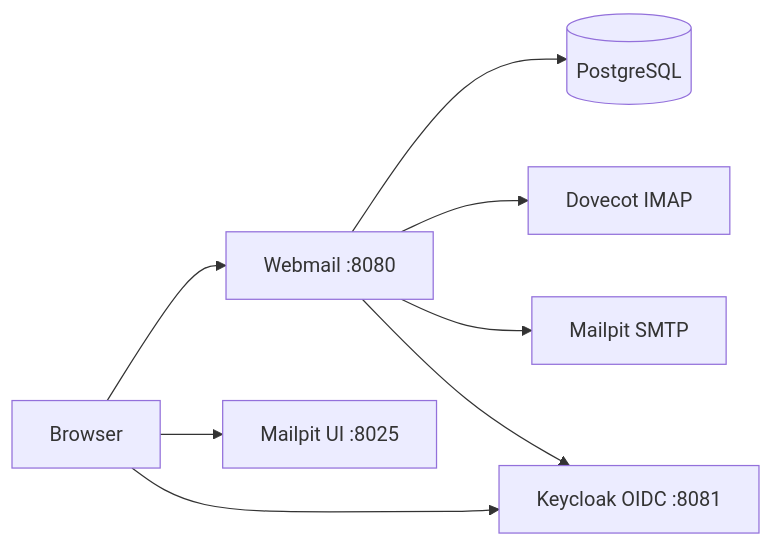
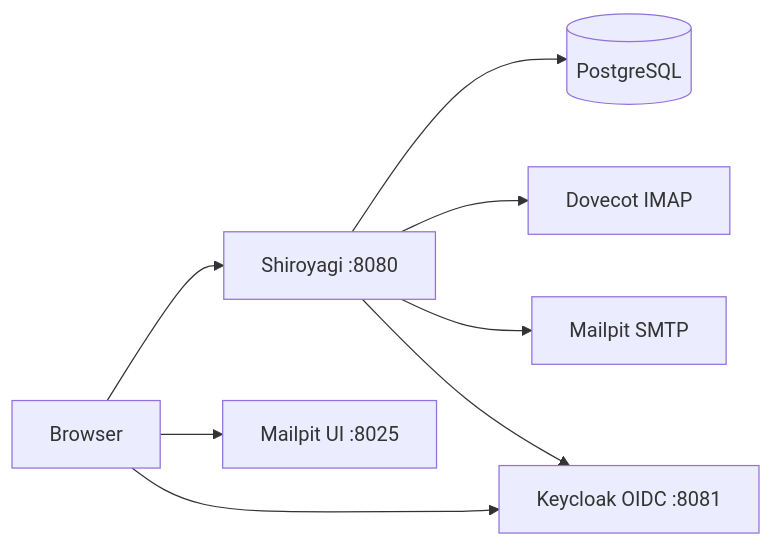
Before and after one commit to takayoshiotake/shiroyagi: the diagram in README.md, drawn with Mermaid. The commit also changed other lines of this file and 16 other files, not shown here.

Commit message:
feat(auth): add OIDC callback flow

````diff
--- a/README.md
+++ b/README.md
@@ -30,10 +41,10 @@
 ```mermaid
 flowchart LR
-  browser[Browser] --> web[Webmail :8080]
+  browser[Browser] --> web[Shiroyagi :8080]
   web --> postgres[(PostgreSQL)]
   web --> dovecot[Dovecot IMAP]
   web --> mailpit[Mailpit SMTP]
   web --> keycloak[Keycloak OIDC :8081]
   browser --> keycloak
   browser --> mailpitUI[Mailpit UI :8025]
 ```
````
